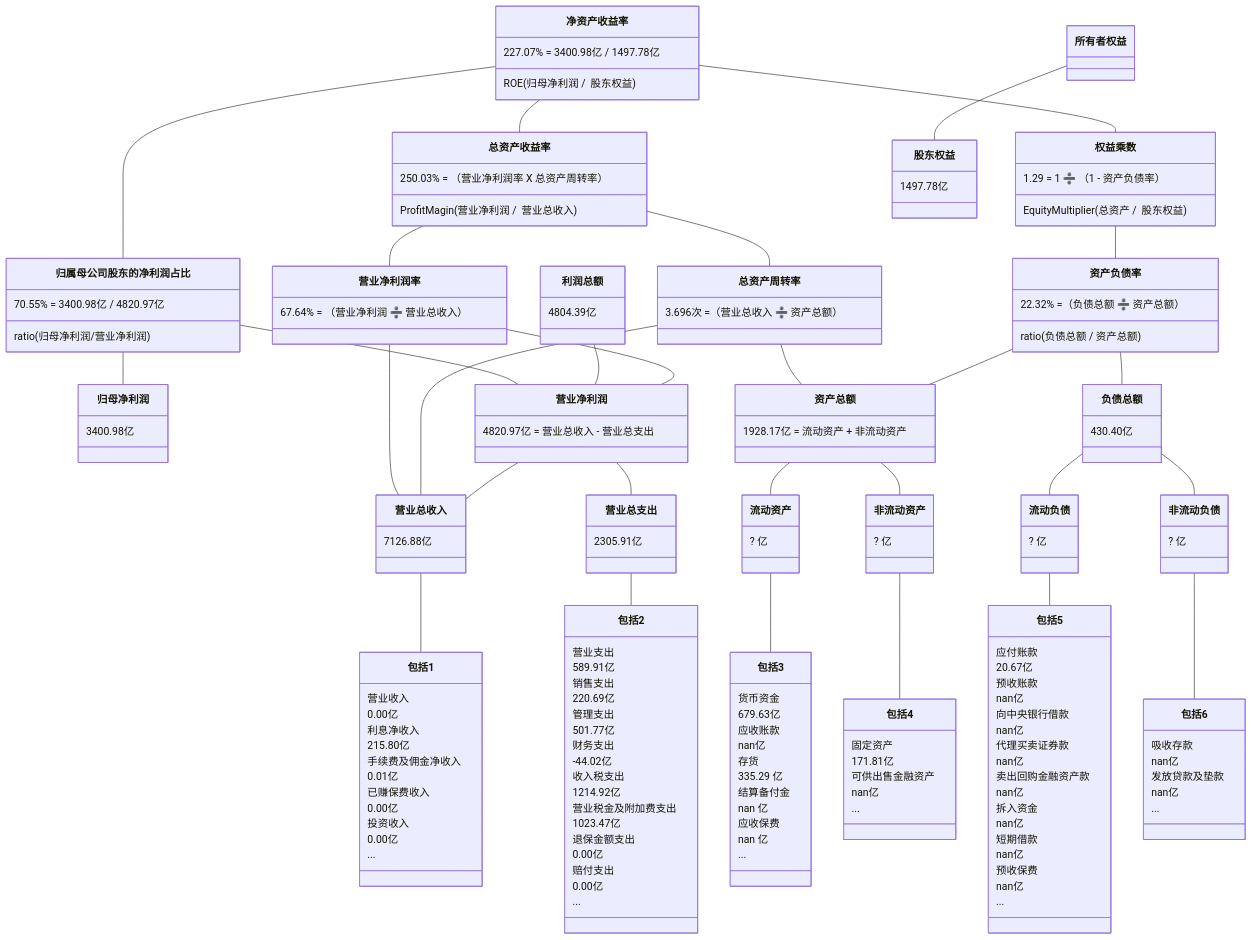
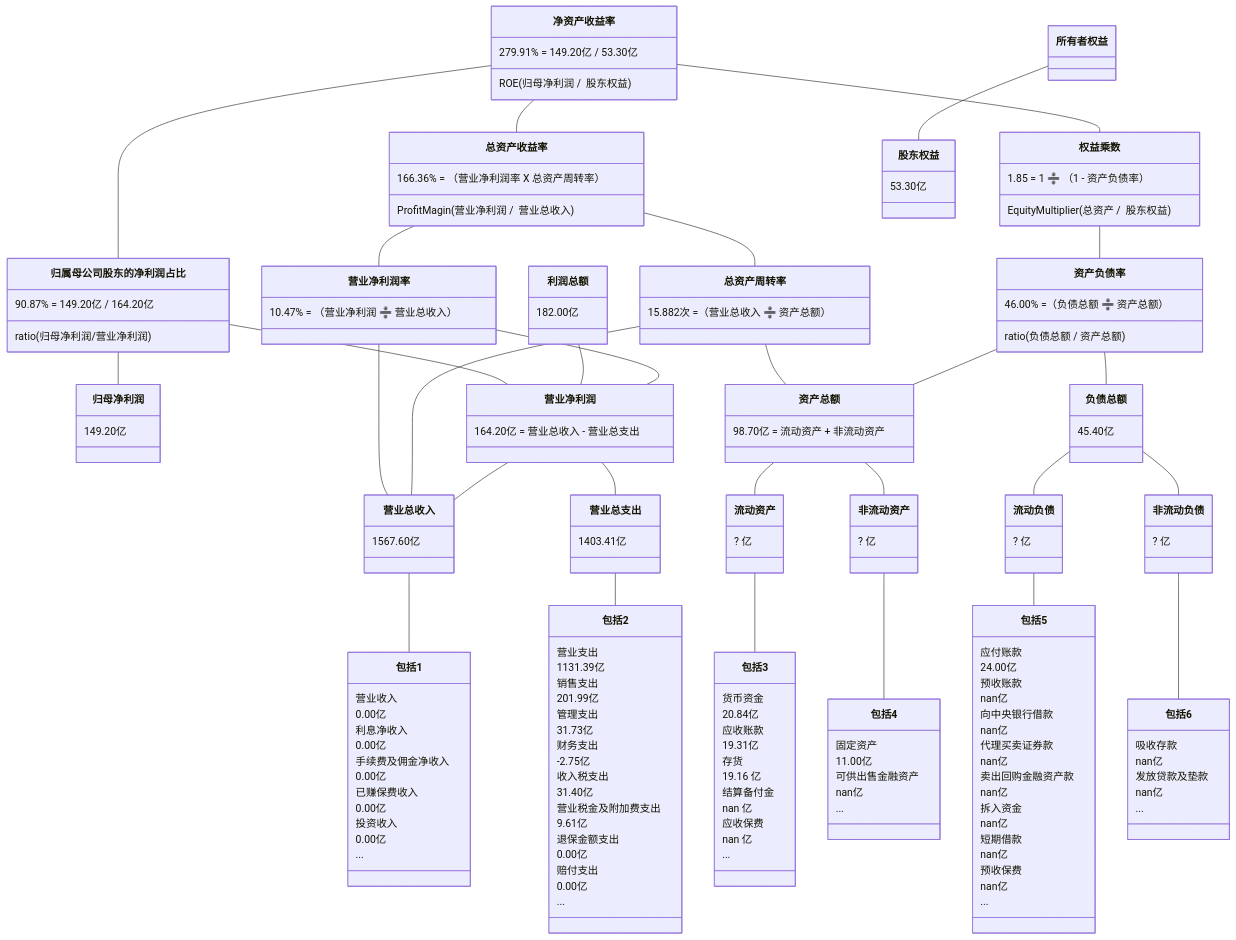
The third of 10 diagrams in 2/2.md (TheVeryDarkness/cs410), drawn with Mermaid before and after one commit. The commit also changed other lines of this file and 59 other files, not shown here.

````diff
--- a/2/2.md
+++ b/2/2.md
@@ -337,45 +349,45 @@
 ```mermaid
 classDiagram
 净资产收益率 -- 总资产收益率
-    净资产收益率 : 227.07% = 3400.98亿 / 1497.78亿
+    净资产收益率 : 279.91% = 149.20亿 / 53.30亿
     净资产收益率 : ROE(归母净利润 /  股东权益)
-    总资产收益率 : 250.03% = （营业净利润率 X 总资产周转率）
+    总资产收益率 : 166.36% = （营业净利润率 X 总资产周转率）
     总资产收益率 : ProfitMagin(营业净利润 /  营业总收入)
 净资产收益率 -- 归属母公司股东的净利润占比
-	  归属母公司股东的净利润占比 : 70.55% = 3400.98亿 / 4820.97亿
+	  归属母公司股东的净利润占比 : 90.87% = 149.20亿 / 164.20亿
 	  归属母公司股东的净利润占比 : ratio(归母净利润/营业净利润)
 归属母公司股东的净利润占比 -- 归母净利润
-    归母净利润 : 3400.98亿
+    归母净利润 : 149.20亿
 归属母公司股东的净利润占比 -- 营业净利润
-利润总额 : 4804.39亿
+利润总额 : 182.00亿
 利润总额 -- 营业净利润
 净资产收益率 -- 权益乘数
-    权益乘数 : 1.29 = 1 ➗ （1 - 资产负债率）
+    权益乘数 : 1.85 = 1 ➗ （1 - 资产负债率）
     权益乘数 : EquityMultiplier(总资产 /  股东权益)
 
 总资产收益率 -- 营业净利润率
-    营业净利润率 : 67.64% = （营业净利润 ➗ 营业总收入）
+    营业净利润率 : 10.47% = （营业净利润 ➗ 营业总收入）
 总资产收益率 -- 总资产周转率
-    总资产周转率 : 3.696次 =（营业总收入 ➗ 资产总额）
+    总资产周转率 : 15.882次 =（营业总收入 ➗ 资产总额）
 权益乘数 -- 资产负债率
-    资产负债率  : 22.32% =（负债总额 ➗ 资产总额）
+    资产负债率  : 46.00% =（负债总额 ➗ 资产总额）
     资产负债率  : ratio(负债总额 / 资产总额)
 
 营业净利润率 -- 营业净利润
-    营业净利润 : 4820.97亿 = 营业总收入 - 营业总支出
+    营业净利润 : 164.20亿 = 营业总收入 - 营业总支出
 营业净利润率 -- 营业总收入
 总资产周转率 -- 营业总收入
 总资产周转率 -- 资产总额
-    资产总额 : 1928.17亿 = 流动资产 + 非流动资产
+    资产总额 : 98.70亿 = 流动资产 + 非流动资产
 资产负债率 -- 负债总额
-    负债总额 : 430.40亿
+    负债总额 : 45.40亿
 资产负债率 -- 资产总额
 
 
 营业净利润 -- 营业总收入
-    营业总收入 : 7126.88亿
+    营业总收入 : 1567.60亿
 营业净利润 -- 营业总支出
-    营业总支出 : 2305.91亿
+    营业总支出 : 1403.41亿
 资产总额 -- 流动资产
 	  流动资产 : ? 亿
 资产总额 -- 非流动资产
@@ -389,9 +401,9 @@
     包括1 : 营业收入
     包括1 : 0.00亿
     包括1 : 利息净收入
-    包括1 : 215.80亿
+    包括1 : 0.00亿
     包括1 : 手续费及佣金净收入
-    包括1 : 0.01亿
+    包括1 : 0.00亿
     包括1 : 已赚保费收入
     包括1 : 0.00亿
     包括1 : 投资收入
@@ -399,17 +411,17 @@
     包括1 : ...
 营业总支出 -- 包括2
     包括2 : 营业支出
-    包括2 : 589.91亿
+    包括2 : 1131.39亿
     包括2 : 销售支出
-    包括2 : 220.69亿
+    包括2 : 201.99亿
     包括2 : 管理支出
-    包括2 : 501.77亿
+    包括2 : 31.73亿
     包括2 : 财务支出
-    包括2 : -44.02亿
+    包括2 : -2.75亿
     包括2 : 收入税支出
-    包括2 : 1214.92亿
+    包括2 : 31.40亿
     包括2 : 营业税金及附加费支出
-    包括2 : 1023.47亿
+    包括2 : 9.61亿
     包括2 : 退保金额支出
     包括2 : 0.00亿
     包括2 : 赔付支出
@@ -417,11 +429,11 @@
     包括2 : ...
 流动资产 -- 包括3
     包括3 : 货币资金
-    包括3 : 679.63亿
+    包括3 : 20.84亿
     包括3 : 应收账款
-    包括3 : nan亿
+    包括3 : 19.31亿
     包括3 : 存货
-    包括3 : 335.29 亿
+    包括3 : 19.16 亿
     包括3 : 结算备付金
     包括3 : nan 亿
     包括3 : 应收保费
@@ -429,13 +441,13 @@
     包括3 : ...
 非流动资产 -- 包括4
     包括4 : 固定资产
-    包括4 : 171.81亿
+    包括4 : 11.00亿
     包括4 : 可供出售金融资产
     包括4 : nan亿
     包括4 : ...
 流动负债 -- 包括5
     包括5 : 应付账款
-    包括5 : 20.67亿
+    包括5 : 24.00亿
     包括5 : 预收账款
     包括5 : nan亿
     包括5 : 向中央银行借款
@@ -458,5 +470,5 @@
     包括6 : nan亿
     包括6 : ...
 所有者权益 -- 股东权益
-    股东权益 : 1497.78亿
+    股东权益 : 53.30亿
 ```
````
